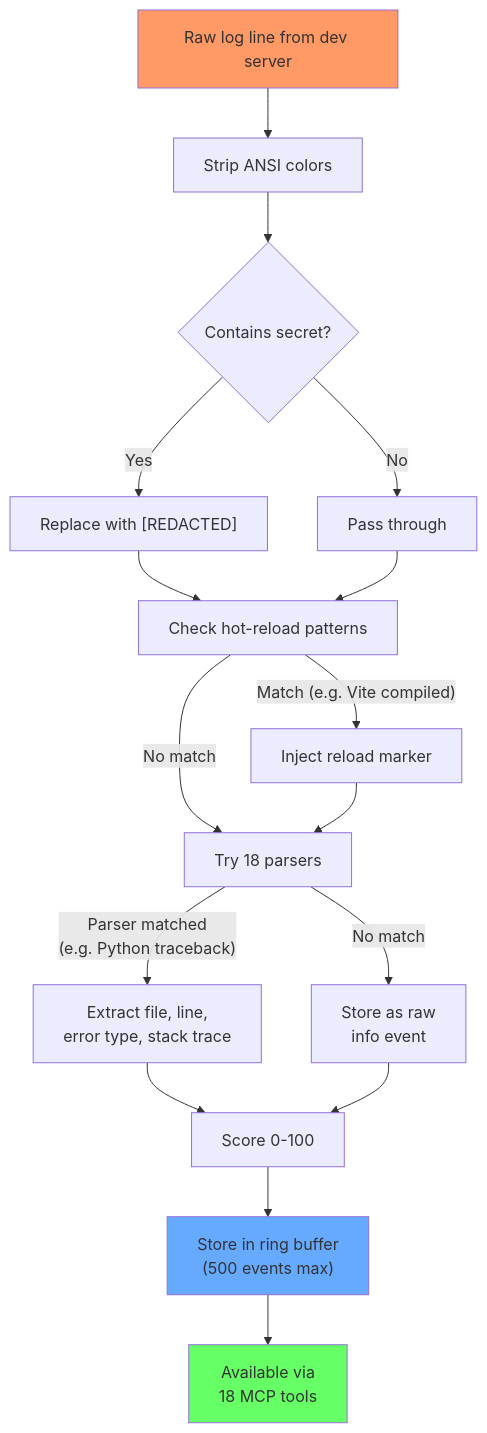
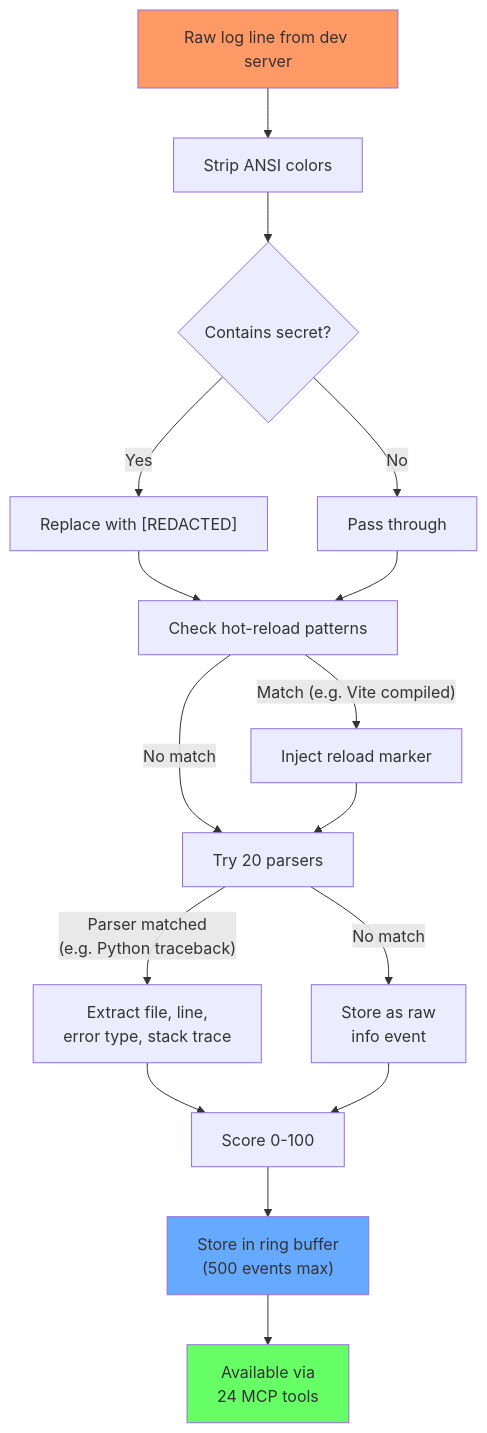
Before and after one commit to sourjya/tracepulse: the second of 4 diagrams in gitbook/architecture/how-it-works.md, drawn with Mermaid. The commit also changed other lines of this file and 16 other files, not shown here.

First line of the commit message:
docs: update all gitbook pages to 24 tools, 20 parsers

````diff
--- a/gitbook/architecture/how-it-works.md
+++ b/gitbook/architecture/how-it-works.md
@@ -32,27 +32,27 @@
 ```mermaid
 graph TD
     A["Raw log line from dev server"] --> B["Strip ANSI colors"]
     B --> C{"Contains secret?"}
     C -->|Yes| D["Replace with [REDACTED]"]
     C -->|No| E["Pass through"]
     D --> F["Check hot-reload patterns"]
     E --> F
     F -->|"Match (e.g. Vite compiled)"| G["Inject reload marker"]
-    F -->|No match| H["Try 18 parsers"]
+    F -->|No match| H["Try 20 parsers"]
     G --> H
     H -->|"Parser matched
     (e.g. Python traceback)"| I["Extract file, line,
     error type, stack trace"]
     H -->|No match| J["Store as raw
     info event"]
     I --> K["Score 0-100"]
     J --> K
     K --> L["Store in ring buffer
     (500 events max)"]
     L --> M["Available via
-    18 MCP tools"]
+    24 MCP tools"]
 
     style A fill:#f96
     style L fill:#6af
     style M fill:#6f6
 ```
````
